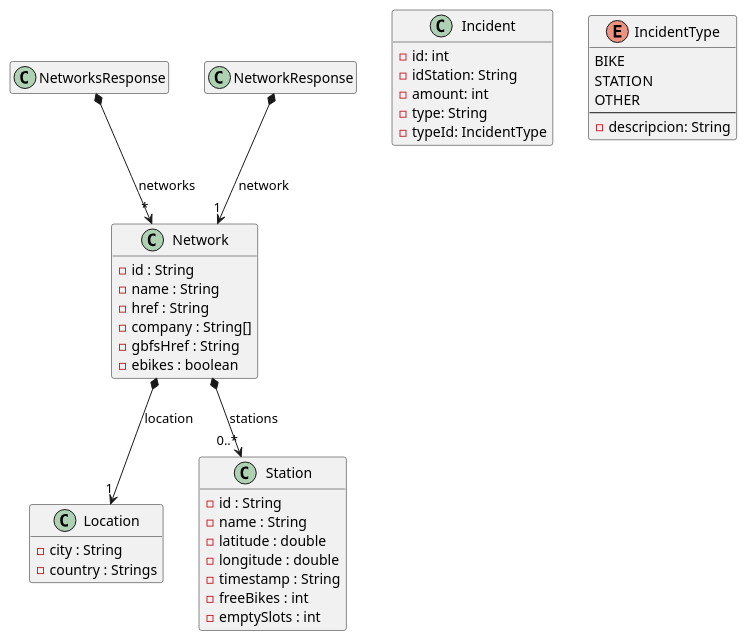
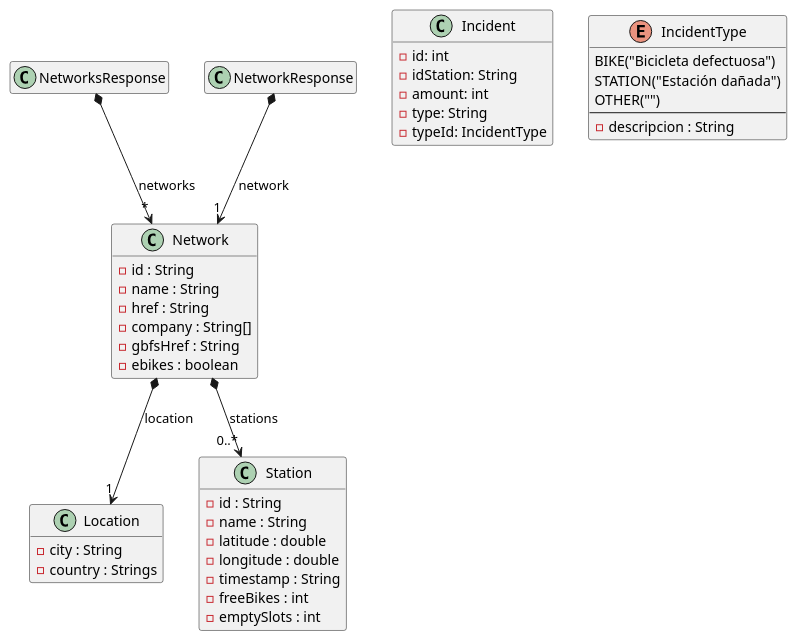
The diagram in Docs/Models/domain.puml (isunican/App-Bicis-Grupo1), drawn with PlantUML before and after one commit. The commit also changed 1 other file, not shown here.

```diff
--- a/Docs/Models/domain.puml
+++ b/Docs/Models/domain.puml
@@ -1,58 +1,58 @@
 @startuml
 
 hide empty members
 
 class Network {
     - id : String
     - name : String
     - href : String
     - company : String[]
     - gbfsHref : String
     - ebikes : boolean
 }
 
 class Location {
     - city : String
     - country : Strings
 }
 
 class NetworksResponse {
 
 }
 
 class NetworkResponse {
     
 }
 
 class Station {
     - id : String
     - name : String
     - latitude : double
     - longitude : double
     - timestamp : String
     - freeBikes : int
     - emptySlots : int
 }
 
 class Incident {
     - id: int
     - idStation: String
     - amount: int
     - type: String
     - typeId: IncidentType
 }
 
 enum IncidentType {
-    BIKE
-    STATION
-    OTHER
+    BIKE("Bicicleta defectuosa")
+    STATION("Estación dañada")
+    OTHER("")
     --
-    - descripcion: String
+    - descripcion : String
 }
 
 Network *--> "1" Location : location
 Network *--> "0..*" Station : stations
 NetworksResponse *--> "*" Network : networks
 NetworkResponse *--> "1" Network : network
 
 @enduml
```
